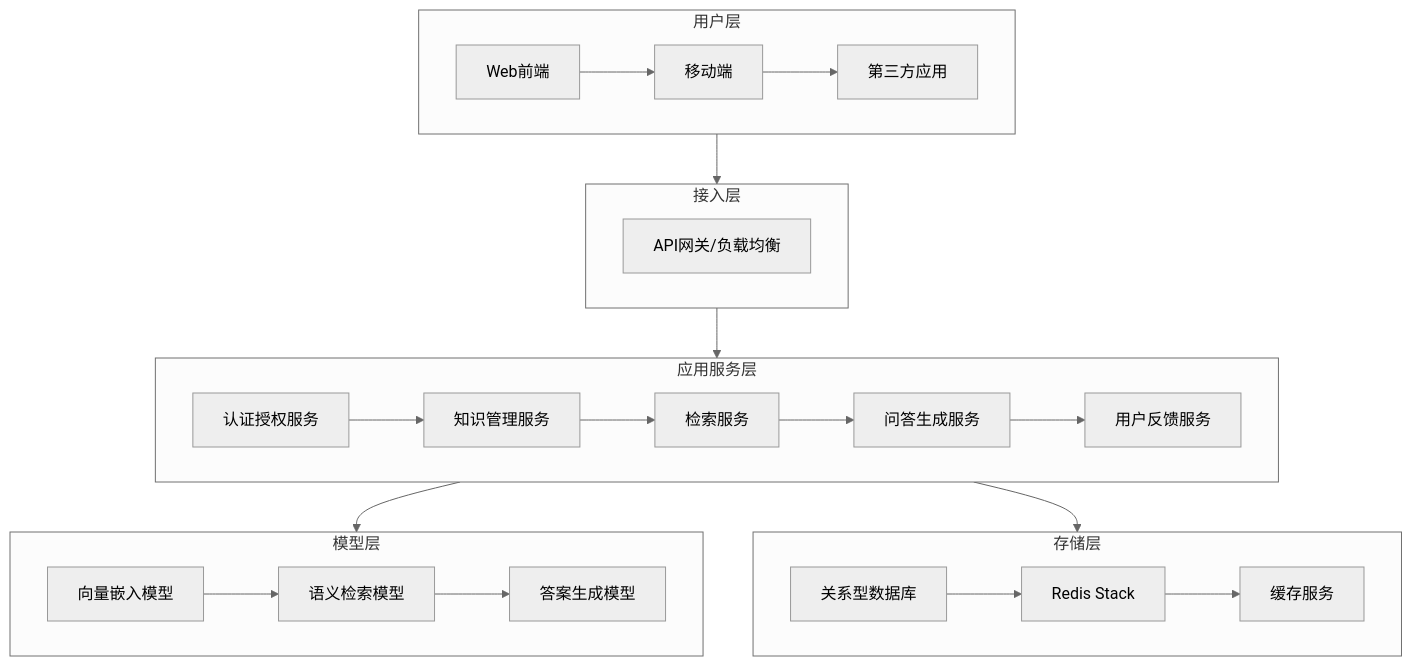
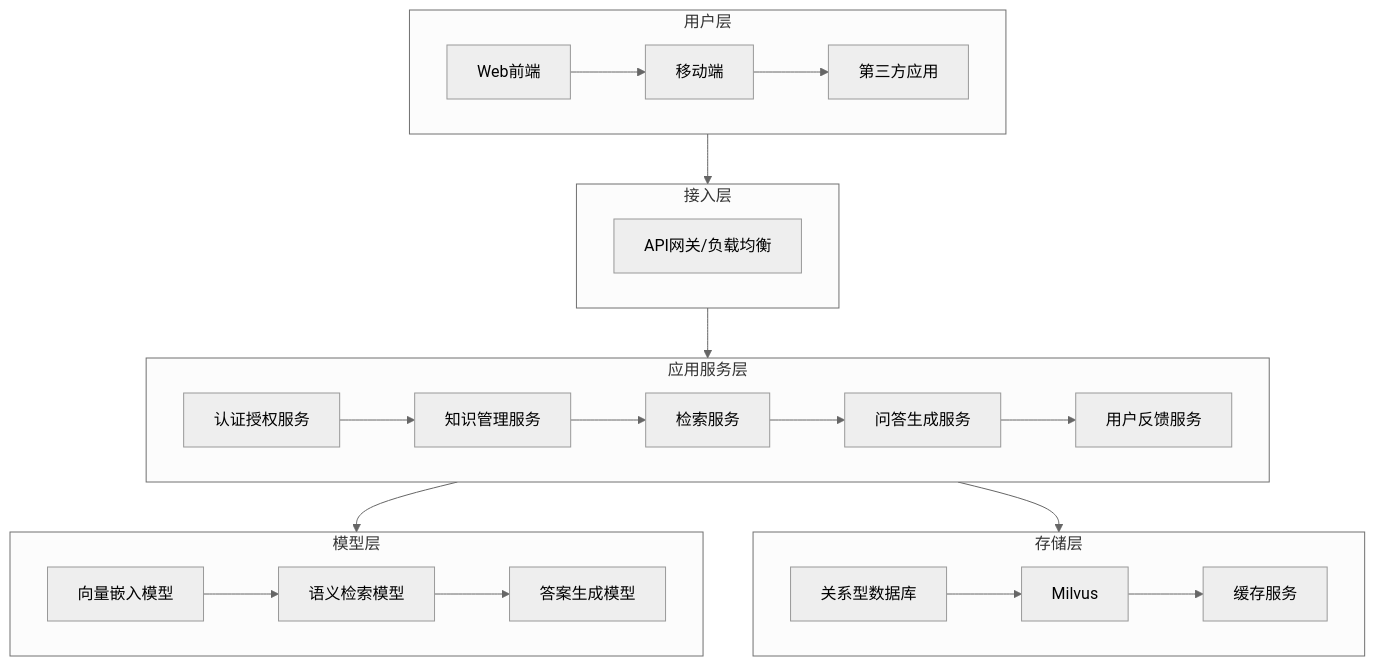
The first of 6 diagrams in doc/架构设计.md (xmx0632/aiKnowledgeBase), drawn with Mermaid (neutral theme) before and after one commit. The commit also changed other lines of this file and 1 other file, not shown here.

````diff
--- a/doc/架构设计.md
+++ b/doc/架构设计.md
@@ -7,33 +7,33 @@
 ```mermaid
 graph TB
     subgraph 用户层
         A[Web前端] --> B[移动端]
         B --> C[第三方应用]
     end
 
     subgraph 接入层
         D[API网关/负载均衡]
     end
 
     subgraph 应用服务层
         E[认证授权服务] --> F[知识管理服务]
         F --> G[检索服务]
         G --> H[问答生成服务]
         H --> I[用户反馈服务]
     end
 
     subgraph 模型层
         J[向量嵌入模型] --> K[语义检索模型]
         K --> L[答案生成模型]
     end
 
     subgraph 存储层
-        M[关系型数据库] --> N[Redis Stack]
+        M[关系型数据库] --> N[Milvus]
         N --> O[缓存服务]
     end
 
     用户层 --> 接入层
     接入层 --> 应用服务层
     应用服务层 --> 模型层
     应用服务层 --> 存储层
 ```
````
